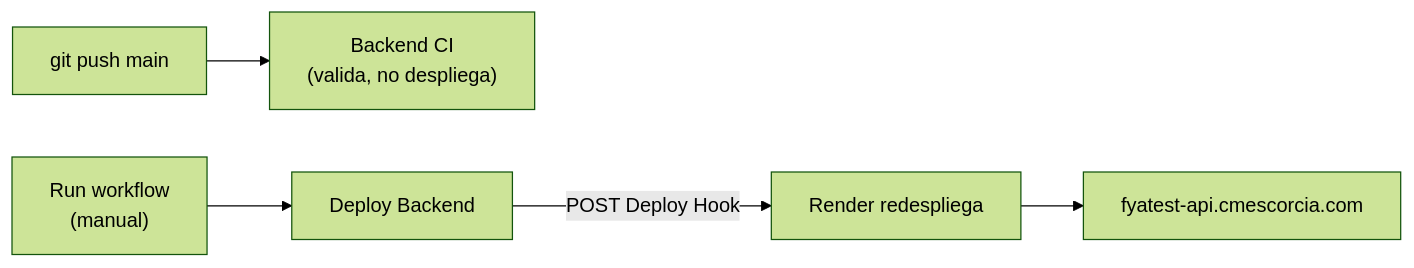
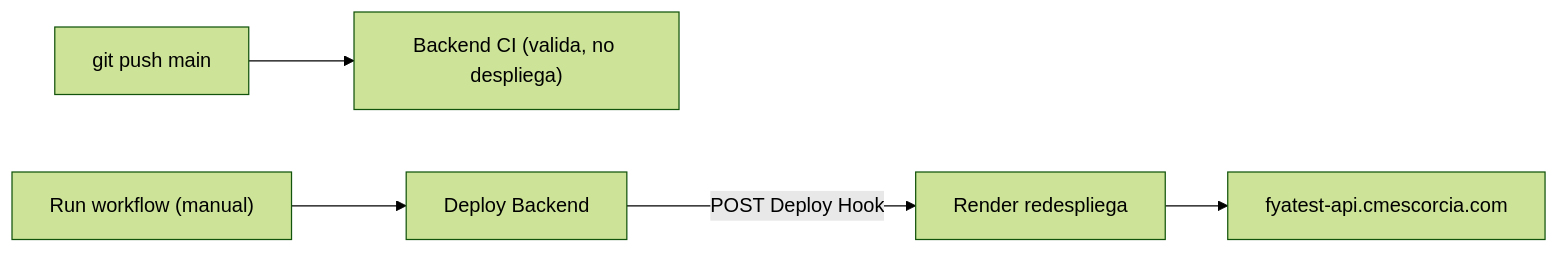
Before and after one commit to CarlosPolo019/credit-backend: the fourth of 4 diagrams in README.md, drawn with Mermaid (forest theme). The commit also changed other lines of this file, not shown here.

First line of the commit message:
fix(docs): remove <br/> from Mermaid node labels, breaks GitHub's renderer

````diff
--- a/README.md
+++ b/README.md
@@ -210,7 +210,7 @@
 ```mermaid
 flowchart LR
-  dev["git push main"] --> ci["Backend CI<br/>(valida, no despliega)"]
-  operator["Run workflow<br/>(manual)"] --> deploy["Deploy Backend"]
+  dev["git push main"] --> ci["Backend CI (valida, no despliega)"]
+  operator["Run workflow (manual)"] --> deploy["Deploy Backend"]
   deploy -->|POST Deploy Hook| render["Render redespliega"]
   render --> prod["fyatest-api.cmescorcia.com"]
 ```
````
